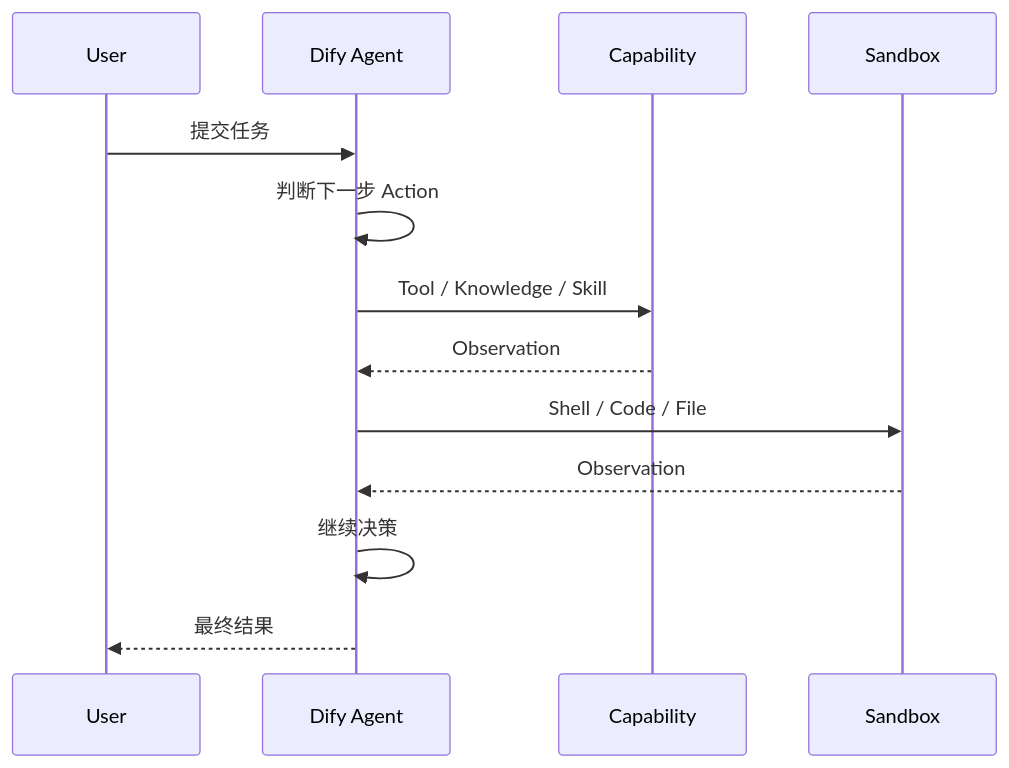
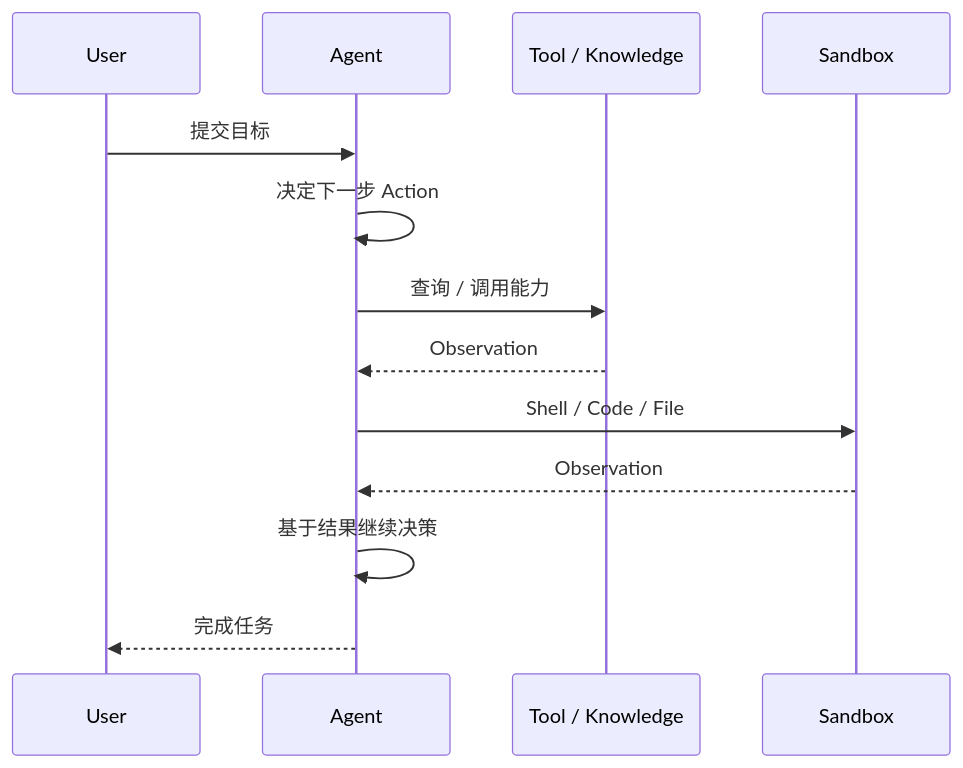
The eighth of 12 diagrams in weekly-report/dify-1.17-core-capabilities-research.md (sgfd-ui/internship), drawn with Mermaid before and after one commit. The commit also changed other lines of this file, not shown here.

Commit message:
docs: rewrite Dify core capabilities research

````diff
--- a/weekly-report/dify-1.17-core-capabilities-research.md
+++ b/weekly-report/dify-1.17-core-capabilities-research.md
@@ -258,16 +278,16 @@
 ```mermaid
 sequenceDiagram
     participant U as User
-    participant A as Dify Agent
-    participant C as Capability
+    participant A as Agent
+    participant T as Tool / Knowledge
     participant S as Sandbox
 
-    U->>A: 提交任务
-    A->>A: 判断下一步 Action
-    A->>C: Tool / Knowledge / Skill
-    C-->>A: Observation
+    U->>A: 提交目标
+    A->>A: 决定下一步 Action
+    A->>T: 查询 / 调用能力
+    T-->>A: Observation
     A->>S: Shell / Code / File
     S-->>A: Observation
-    A->>A: 继续决策
-    A-->>U: 最终结果
+    A->>A: 基于结果继续决策
+    A-->>U: 完成任务
 ```
````
